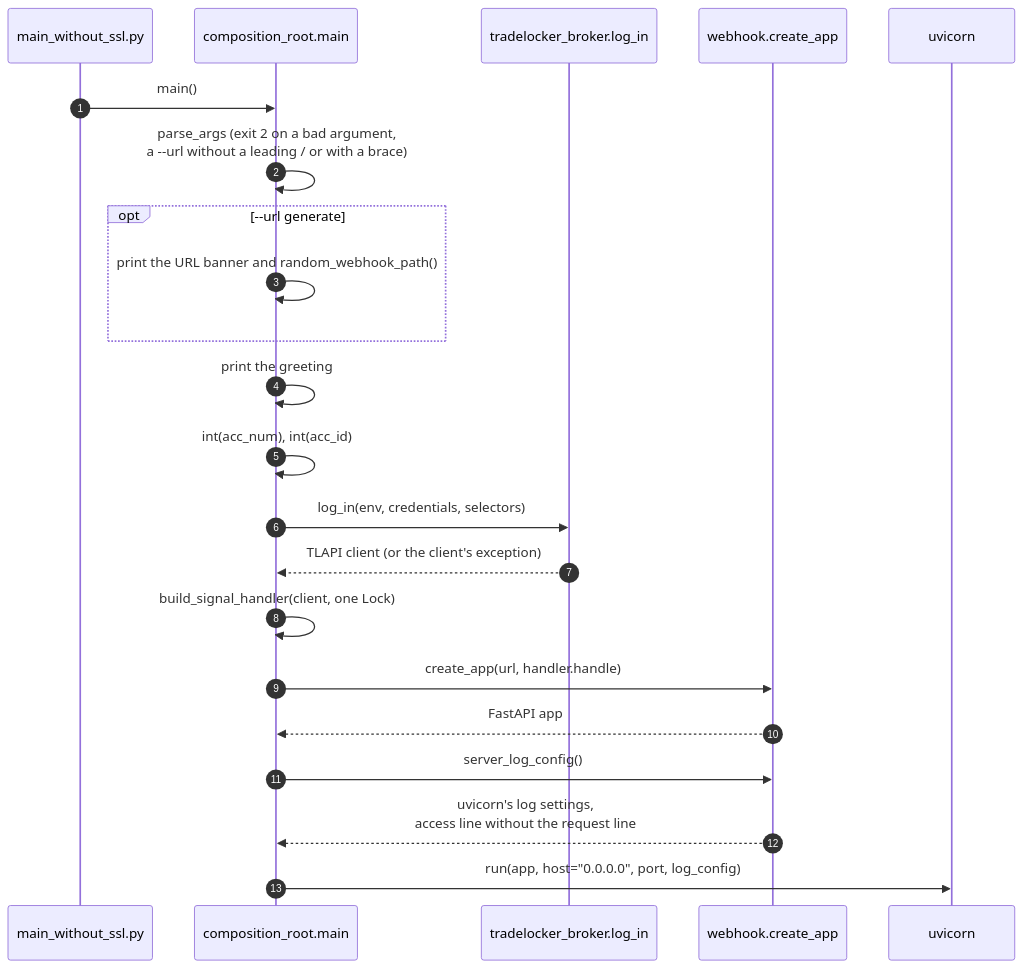
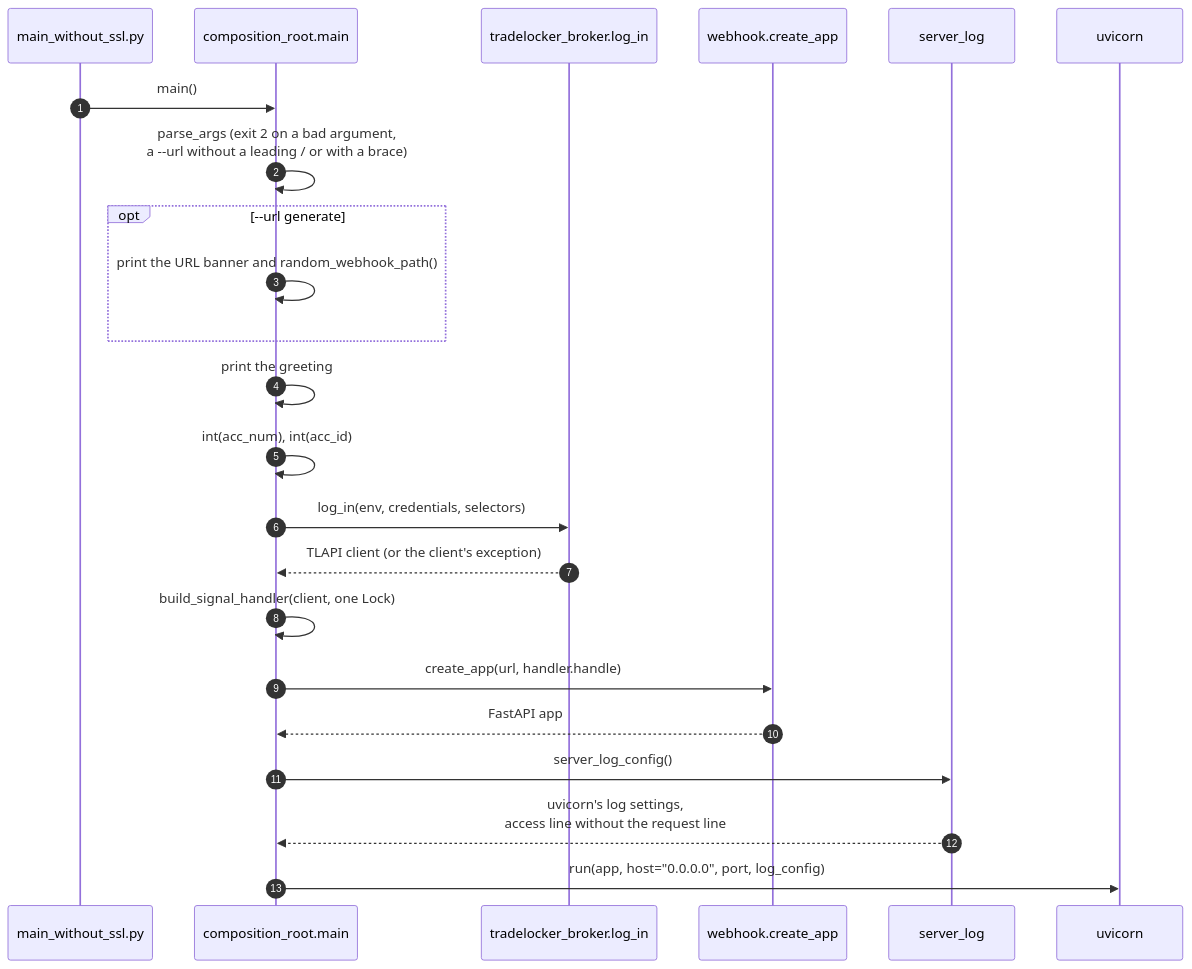
One commit to Akinzou/TradeLockerBot changed the second of 6 diagrams in docs/architecture.md. Above: the diagram before and after it, drawn with Mermaid. The commit also changed other lines of this file and 8 other files, not shown here.

First line of the commit message:
refactor: move the log settings out of the webhook adapter; harden the pins

````diff
--- a/docs/architecture.md
+++ b/docs/architecture.md
@@ -93,24 +95,25 @@
 ```mermaid
 sequenceDiagram
     autonumber
     participant EP as main_without_ssl.py
     participant CR as composition_root.main
     participant TB as tradelocker_broker.log_in
     participant WH as webhook.create_app
+    participant SL as server_log
     participant U as uvicorn
     EP->>CR: main()
     CR->>CR: parse_args (exit 2 on a bad argument,<br/>a --url without a leading / or with a brace)
     opt --url generate
         CR->>CR: print the URL banner and random_webhook_path()
     end
     CR->>CR: print the greeting
     CR->>CR: int(acc_num), int(acc_id)
     CR->>TB: log_in(env, credentials, selectors)
     TB-->>CR: TLAPI client (or the client's exception)
     CR->>CR: build_signal_handler(client, one Lock)
     CR->>WH: create_app(url, handler.handle)
     WH-->>CR: FastAPI app
-    CR->>WH: server_log_config()
-    WH-->>CR: uvicorn's log settings,<br/>access line without the request line
+    CR->>SL: server_log_config()
+    SL-->>CR: uvicorn's log settings,<br/>access line without the request line
     CR->>U: run(app, host="0.0.0.0", port, log_config)
 ```
````
